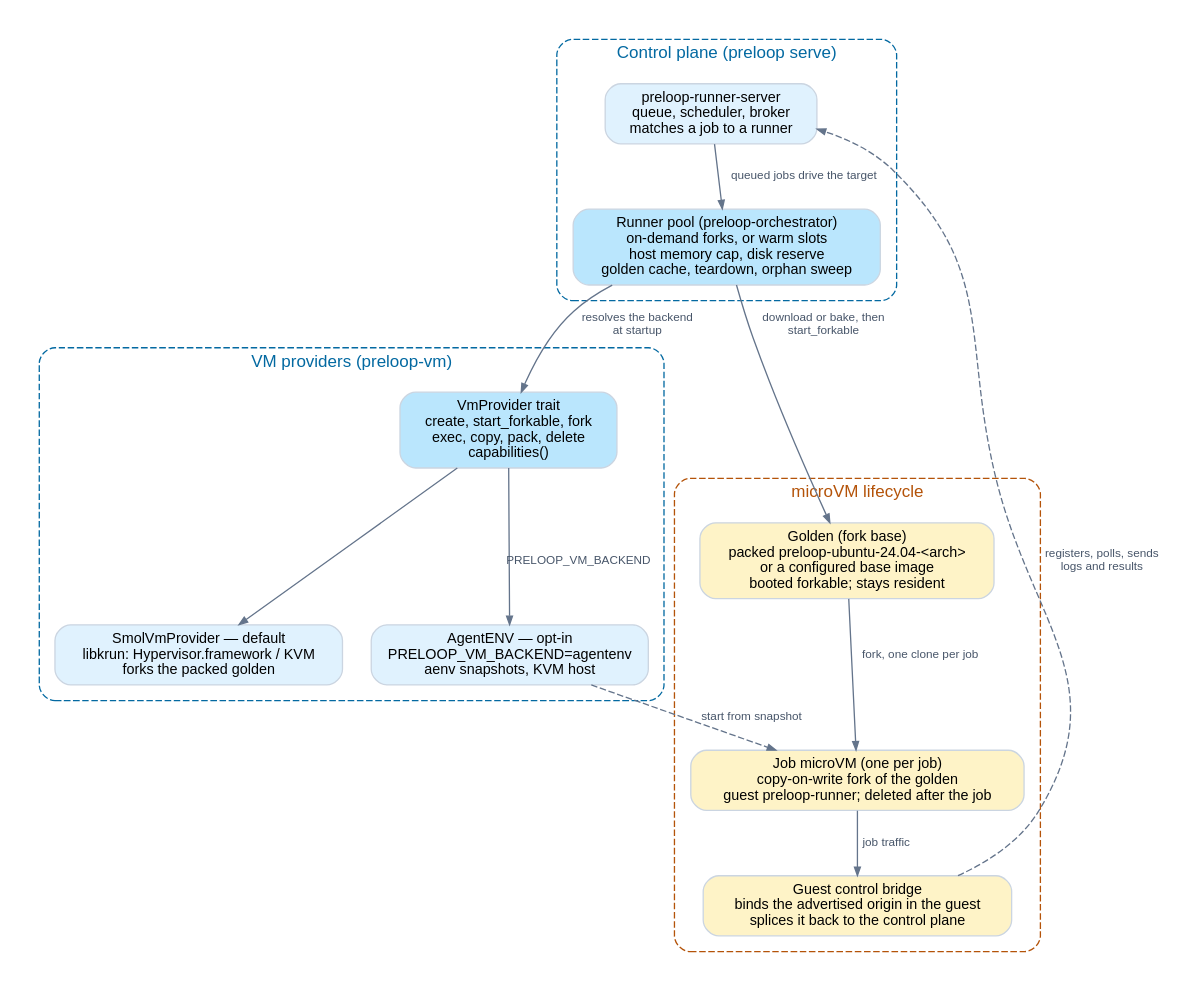
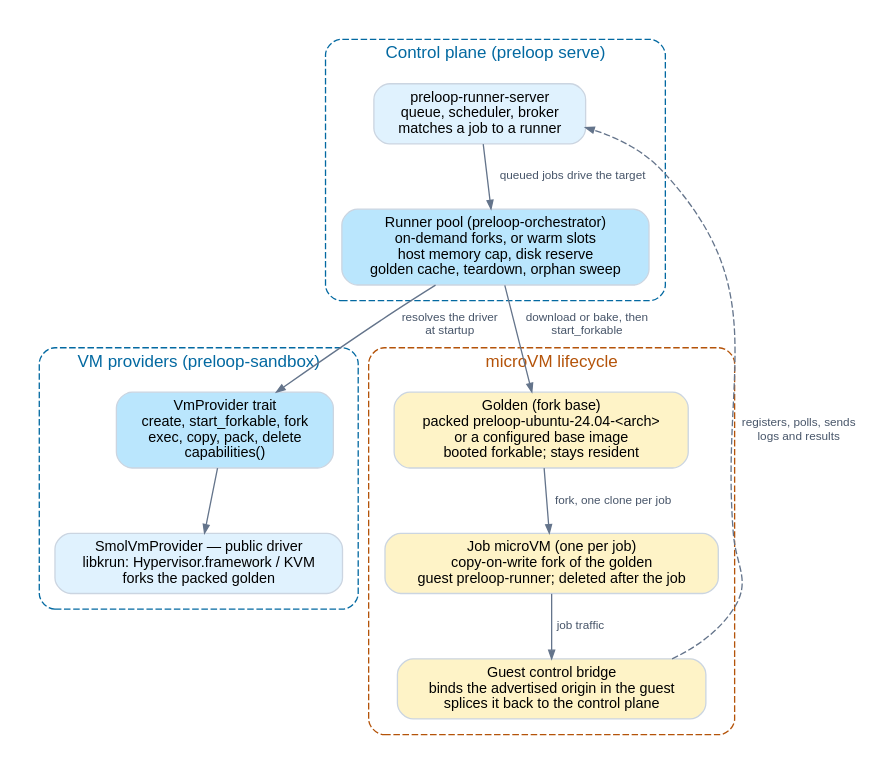
Before and after one commit to preloopdev/preloop: the diagram in docs/diagrams/vm-pool.dot, drawn with Graphviz. The commit also changed 12 other files, not shown here.

```diff
--- a/docs/diagrams/vm-pool.dot
+++ b/docs/diagrams/vm-pool.dot
@@ -1,36 +1,32 @@
 digraph vm_pool {
   graph [rankdir=TB, bgcolor="white", splines=spline, nodesep=0.3, ranksep=0.55, fontname="Helvetica", newrank=true, pad=0.2];
   node  [shape=box, style="rounded,filled", fontname="Helvetica", fontsize=11, fillcolor="#f8fafc", color="#cbd5e1", margin="0.12,0.07"];
   edge  [color="#64748b", arrowsize=0.65, fontname="Helvetica", fontsize=9, fontcolor="#475569"];
 
   subgraph cluster_cp {
     label="Control plane (preloop serve)"; fontsize=13; fontcolor="#0369a1"; style="rounded,dashed"; color="#0369a1"; margin=12;
     server [label="preloop-runner-server\nqueue, scheduler, broker\nmatches a job to a runner", fillcolor="#e0f2fe"];
     pool [label="Runner pool (preloop-orchestrator)\non-demand forks, or warm slots\nhost memory cap, disk reserve\ngolden cache, teardown, orphan sweep", fillcolor="#bae6fd"];
   }
 
   subgraph cluster_provider {
-    label="VM providers (preloop-vm)"; fontsize=13; fontcolor="#0369a1"; style="rounded,dashed"; color="#0369a1"; margin=12;
+    label="VM providers (preloop-sandbox)"; fontsize=13; fontcolor="#0369a1"; style="rounded,dashed"; color="#0369a1"; margin=12;
     contract [label="VmProvider trait\ncreate, start_forkable, fork\nexec, copy, pack, delete\ncapabilities()", fillcolor="#bae6fd"];
-    smolvm [label="SmolVmProvider — default\nlibkrun: Hypervisor.framework / KVM\nforks the packed golden", fillcolor="#e0f2fe"];
-    agentenv [label="AgentENV — opt-in\nPRELOOP_VM_BACKEND=agentenv\naenv snapshots, KVM host", fillcolor="#e0f2fe"];
-    { rank=same; smolvm; agentenv; }
+    smolvm [label="SmolVmProvider — public driver\nlibkrun: Hypervisor.framework / KVM\nforks the packed golden", fillcolor="#e0f2fe"];
   }
 
   subgraph cluster_vm {
     label="microVM lifecycle"; fontsize=13; fontcolor="#b45309"; style="rounded,dashed"; color="#b45309"; margin=12;
     golden [label="Golden (fork base)\npacked preloop-ubuntu-24.04-<arch>\nor a configured base image\nbooted forkable; stays resident", fillcolor="#fef3c7"];
     jobvm [label="Job microVM (one per job)\ncopy-on-write fork of the golden\nguest preloop-runner; deleted after the job", fillcolor="#fef3c7"];
     bridge [label="Guest control bridge\nbinds the advertised origin in the guest\nsplices it back to the control plane", fillcolor="#fef3c7"];
   }
 
   server -> pool [label="queued jobs drive the target"];
-  pool -> contract [label="resolves the backend\nat startup"];
+  pool -> contract [label="resolves the driver\nat startup"];
   contract -> smolvm;
-  contract -> agentenv [label="PRELOOP_VM_BACKEND"];
   pool -> golden [label="download or bake, then\nstart_forkable"];
   golden -> jobvm [label="fork, one clone per job"];
-  agentenv -> jobvm [label="start from snapshot", style=dashed];
   jobvm -> bridge [label="job traffic"];
   bridge -> server [label="registers, polls, sends\nlogs and results", style=dashed, constraint=false];
 }
```
